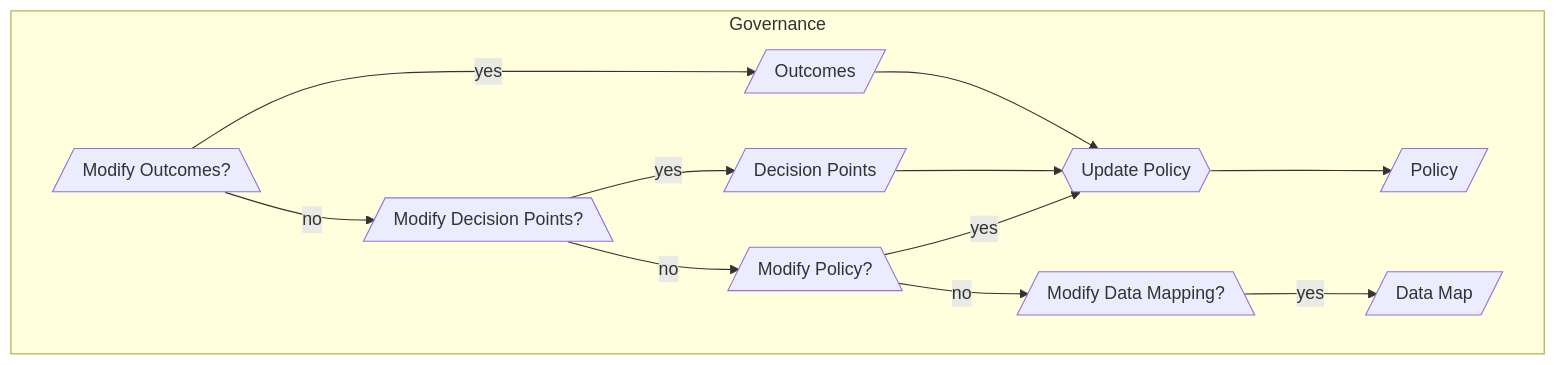
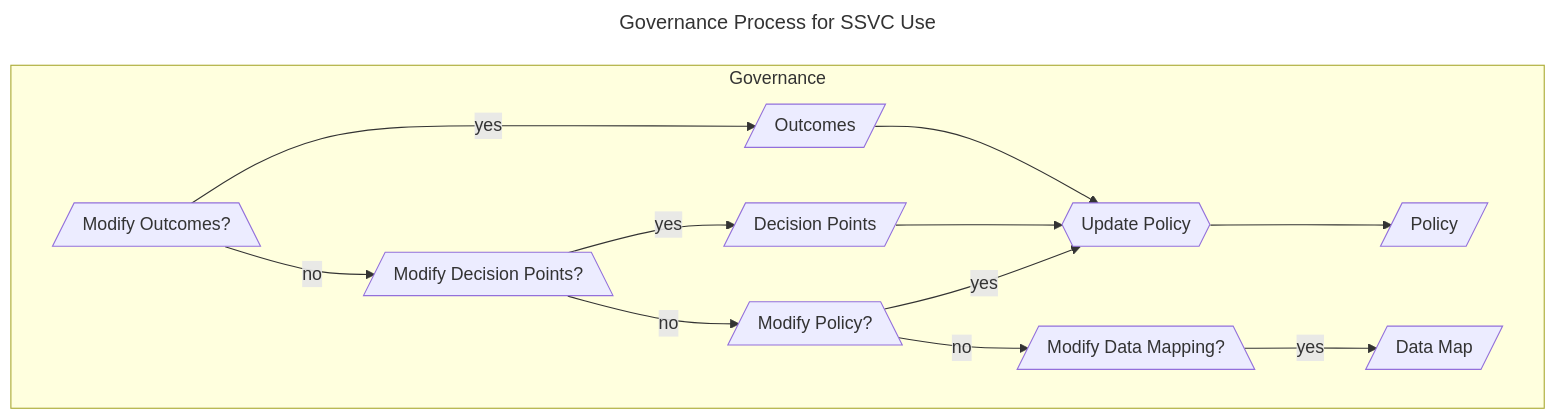
One commit to CERTCC/SSVC changed the seventh of 7 diagrams in docs/howto/bootstrap/prepare.md. Above: the diagram before and after it, drawn with Mermaid. The commit also changed other lines of this file, not shown here.

````diff
--- a/docs/howto/bootstrap/prepare.md
+++ b/docs/howto/bootstrap/prepare.md
@@ -255,27 +294,30 @@
 ```mermaid
+---
+title: Governance Process for SSVC Use
+---
 flowchart LR
 
 subgraph Governance
     direction LR
     ro[/Modify Outcomes?\]
     mdp[/Modify Decision Points?\]
     rp[/Modify Policy?\]
     rds[/Modify Data Mapping?\]
     oc[/Outcomes/]
     dp[/Decision Points/]
     dm[/Data Map/]
     um{{Update Policy}}
     po[/Policy/]
 end
 
 ro -->|yes| oc
 oc --> um
 ro -->|no| mdp
 mdp -->|yes| dp
 dp --> um
 mdp -->|no| rp
 rp -->|yes| um
 rp -->|no| rds
 rds -->|yes| dm
 um --> po
 ```
````
